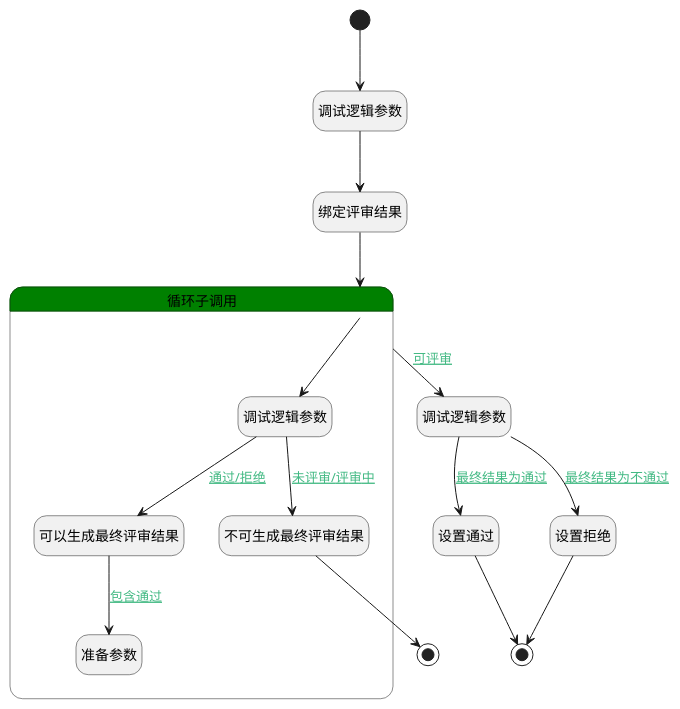
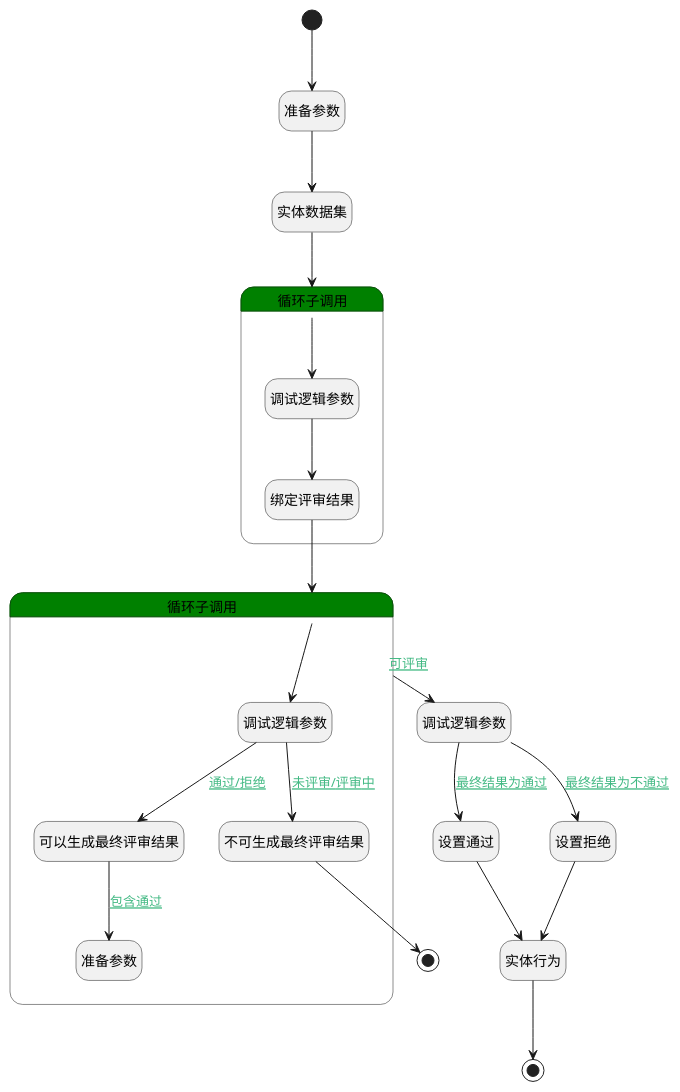
Before and after one commit to iBizLab/plm: the diagram in doc/docsify/module/TestMgmt/review_content/logic/generate_review_result_finally.md, drawn with PlantUML. The commit also changed other lines of this file and 2688 other files, not shown here.

````diff
--- a/doc/docsify/module/TestMgmt/review_content/logic/generate_review_result_finally.md
+++ b/doc/docsify/module/TestMgmt/review_content/logic/generate_review_result_finally.md
@@ -7,43 +7,52 @@
 ```plantuml
 @startuml
 hide empty description
 <style>
 root {
   HyperlinkColor #42b983
 }
 </style>
 
 hide empty description
 state "开始" as Begin <<start>> [[$./generate_review_result_finally#begin {"开始"}]]
 state "设置通过" as PREPAREPARAM5  [[$./generate_review_result_finally#prepareparam5 {"设置通过"}]]
+state "结束" as END1 <<end>> [[$./generate_review_result_finally#end1 {"结束"}]]
+state "实体数据集" as DEDATASET1  [[$./generate_review_result_finally#dedataset1 {"实体数据集"}]]
+state "调试逻辑参数" as DEBUGPARAM3  [[$./generate_review_result_finally#debugparam3 {"调试逻辑参数"}]]
+state "实体行为" as DEACTION1  [[$./generate_review_result_finally#deaction1 {"实体行为"}]]
+state "准备参数" as PREPAREPARAM7  [[$./generate_review_result_finally#prepareparam7 {"准备参数"}]]
+state "设置拒绝" as PREPAREPARAM6  [[$./generate_review_result_finally#prepareparam6 {"设置拒绝"}]]
+state "跳出" as END2 <<end>> [[$./generate_review_result_finally#end2 {"跳出"}]]
+state "循环子调用" as LOOPSUBCALL2  [[$./generate_review_result_finally#loopsubcall2 {"循环子调用"}]] #green {
 state "调试逻辑参数" as DEBUGPARAM4  [[$./generate_review_result_finally#debugparam4 {"调试逻辑参数"}]]
 state "绑定评审结果" as PREPAREPARAM1  [[$./generate_review_result_finally#prepareparam1 {"绑定评审结果"}]]
-state "调试逻辑参数" as DEBUGPARAM3  [[$./generate_review_result_finally#debugparam3 {"调试逻辑参数"}]]
-state "结束" as END1 <<end>> [[$./generate_review_result_finally#end1 {"结束"}]]
-state "设置拒绝" as PREPAREPARAM6  [[$./generate_review_result_finally#prepareparam6 {"设置拒绝"}]]
-state "跳出" as END2 <<end>> [[$./generate_review_result_finally#end2 {"跳出"}]]
+}
 state "循环子调用" as LOOPSUBCALL1  [[$./generate_review_result_finally#loopsubcall1 {"循环子调用"}]] #green {
 state "调试逻辑参数" as DEBUGPARAM2  [[$./generate_review_result_finally#debugparam2 {"调试逻辑参数"}]]
 state "可以生成最终评审结果" as PREPAREPARAM2  [[$./generate_review_result_finally#prepareparam2 {"可以生成最终评审结果"}]]
 state "准备参数" as PREPAREPARAM4  [[$./generate_review_result_finally#prepareparam4 {"准备参数"}]]
 state "不可生成最终评审结果" as PREPAREPARAM3  [[$./generate_review_result_finally#prepareparam3 {"不可生成最终评审结果"}]]
 }
 
 
-Begin --> DEBUGPARAM4
+Begin --> PREPAREPARAM7
+PREPAREPARAM7 --> DEDATASET1
+DEDATASET1 --> LOOPSUBCALL2
+LOOPSUBCALL2 --> DEBUGPARAM4
 DEBUGPARAM4 --> PREPAREPARAM1
 PREPAREPARAM1 --> LOOPSUBCALL1
 LOOPSUBCALL1 --> DEBUGPARAM2
 DEBUGPARAM2 --> PREPAREPARAM2 : [[$./generate_review_result_finally#debugparam2-prepareparam2{通过/拒绝} 通过/拒绝]]
 PREPAREPARAM2 --> PREPAREPARAM4 : [[$./generate_review_result_finally#prepareparam2-prepareparam4{包含通过} 包含通过]]
 DEBUGPARAM2 --> PREPAREPARAM3 : [[$./generate_review_result_finally#debugparam2-prepareparam3{未评审/评审中} 未评审/评审中]]
 PREPAREPARAM3 --> END2
 LOOPSUBCALL1 --> DEBUGPARAM3 : [[$./generate_review_result_finally#loopsubcall1-debugparam3{可评审} 可评审]]
 DEBUGPARAM3 --> PREPAREPARAM5 : [[$./generate_review_result_finally#debugparam3-prepareparam5{最终结果为通过} 最终结果为通过]]
-PREPAREPARAM5 --> END1
+PREPAREPARAM5 --> DEACTION1
+DEACTION1 --> END1
 DEBUGPARAM3 --> PREPAREPARAM6 : [[$./generate_review_result_finally#debugparam3-prepareparam6{最终结果为不通过} 最终结果为不通过]]
-PREPAREPARAM6 --> END1
+PREPAREPARAM6 --> DEACTION1
 
 
 @enduml
 ```
````
